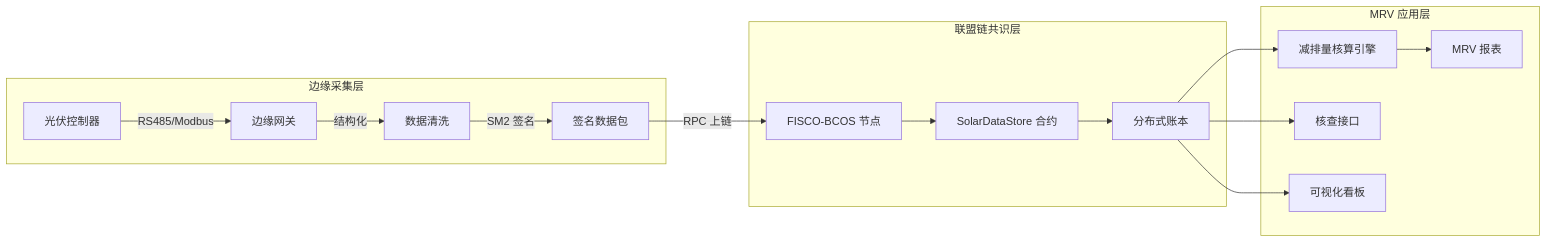
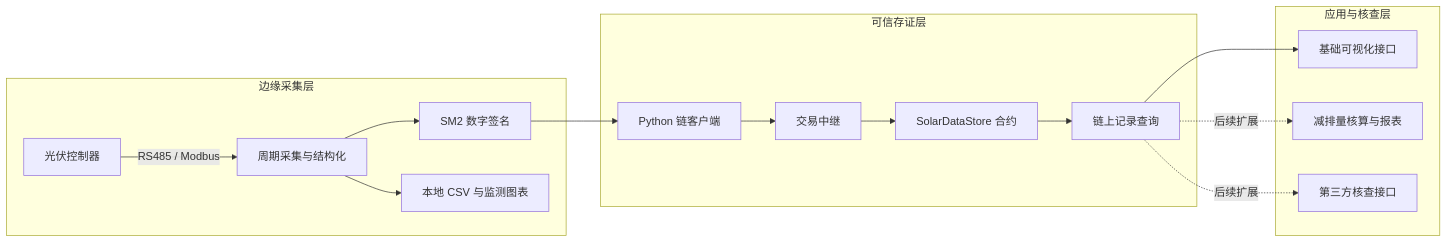
The diagram in README.md (Pluvio-Han/SolarMRV), drawn with Mermaid before and after one commit. The commit also changed other lines of this file and 5 other files, not shown here.

Commit message:
docs: refine SolarMRV technical profile and public presentation

````diff
--- a/README.md
+++ b/README.md
@@ -42,21 +30,21 @@
 ```mermaid
-graph LR
-    subgraph A [边缘采集层]
-        PV[光伏控制器] -->|RS485/Modbus| GW[边缘网关]
-        GW -->|结构化| CLEAN[数据清洗]
-        CLEAN -->|SM2 签名| SIGN[签名数据包]
+flowchart LR
+    subgraph Edge[边缘采集层]
+        PV[光伏控制器] -->|RS485 / Modbus| Collect[周期采集与结构化]
+        Collect --> Sign[SM2 数字签名]
+        Collect --> CSV[本地 CSV 与监测图表]
     end
 
-    subgraph B [联盟链共识层]
-        SIGN -->|RPC 上链| NODE[FISCO-BCOS 节点]
-        NODE --> SC[SolarDataStore 合约]
-        SC --> LEDGER[分布式账本]
+    subgraph Ledger[可信存证层]
+        Sign --> Client[Python 链客户端]
+        Client --> Relay[交易中继]
+        Relay --> Store[SolarDataStore 合约]
+        Store --> Query[链上记录查询]
     end
 
-    subgraph C [MRV 应用层]
-        LEDGER --> MRV[减排量核算引擎]
-        MRV --> REPORT[MRV 报表]
-        LEDGER --> API[核查接口]
-        LEDGER --> DASH[可视化看板]
+    subgraph Application[应用与核查层]
+        Query --> Dashboard[基础可视化接口]
+        Query -. 后续扩展 .-> MRV[减排量核算与报表]
+        Query -. 后续扩展 .-> Verify[第三方核查接口]
     end
 ```
````
